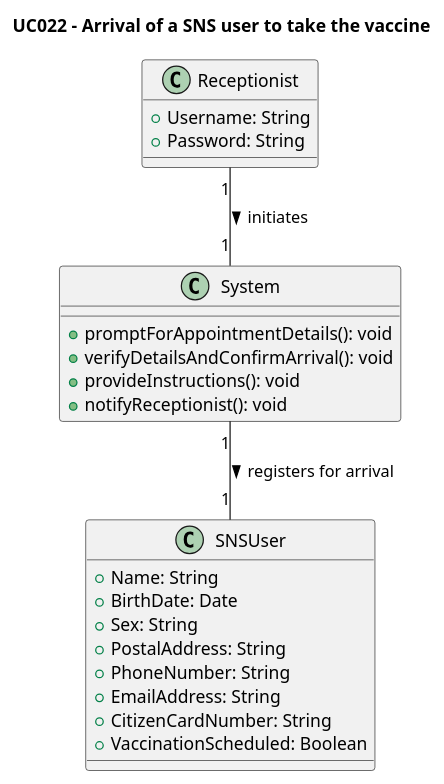
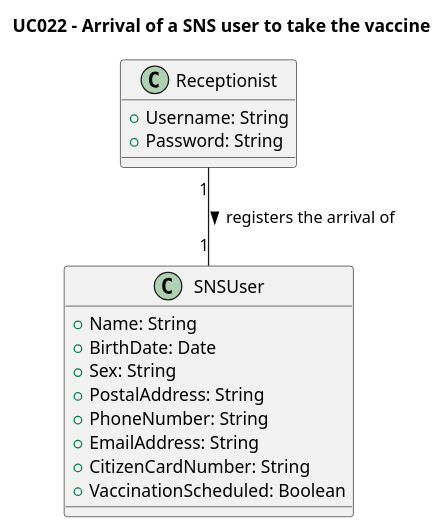
One commit to rafaafig/SnsTrab changed the diagram in sns-base/doc/global/use-cases/UC022/ucd-UCD022.puml. Above: the diagram before and after it, drawn with PlantUML. The commit also changed 10 other files, not shown here.

```diff
--- a/sns-base/doc/global/use-cases/UC022/ucd-UCD022.puml
+++ b/sns-base/doc/global/use-cases/UC022/ucd-UCD022.puml
@@ -1,34 +1,26 @@
 @startuml
 'skinparam monochrome true
 'skinparam shadowing false
 
 title UC022 - Arrival of a SNS user to take the vaccine
 
 class Receptionist {
     +Username: String
     +Password: String
-}
-
-class System {
-    +promptForAppointmentDetails(): void
-    +verifyDetailsAndConfirmArrival(): void
-    +provideInstructions(): void
-    +notifyReceptionist(): void
 }
 
 class SNSUser {
     +Name: String
     +BirthDate: Date
     +Sex: String
     +PostalAddress: String
     +PhoneNumber: String
     +EmailAddress: String
     +CitizenCardNumber: String
     +VaccinationScheduled: Boolean
 }
 
 ' Relationships
-Receptionist "1" -- "1" System : initiates >
-System "1" -- "1" SNSUser : registers for arrival >
+Receptionist "1" -- "1" SNSUser : registers the arrival of >
 
 @enduml
```
